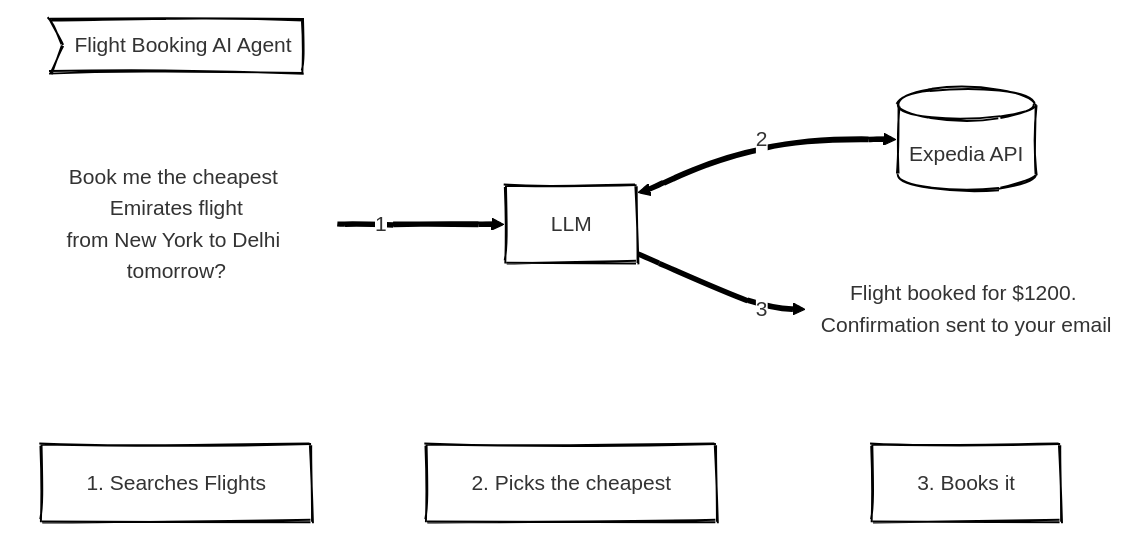
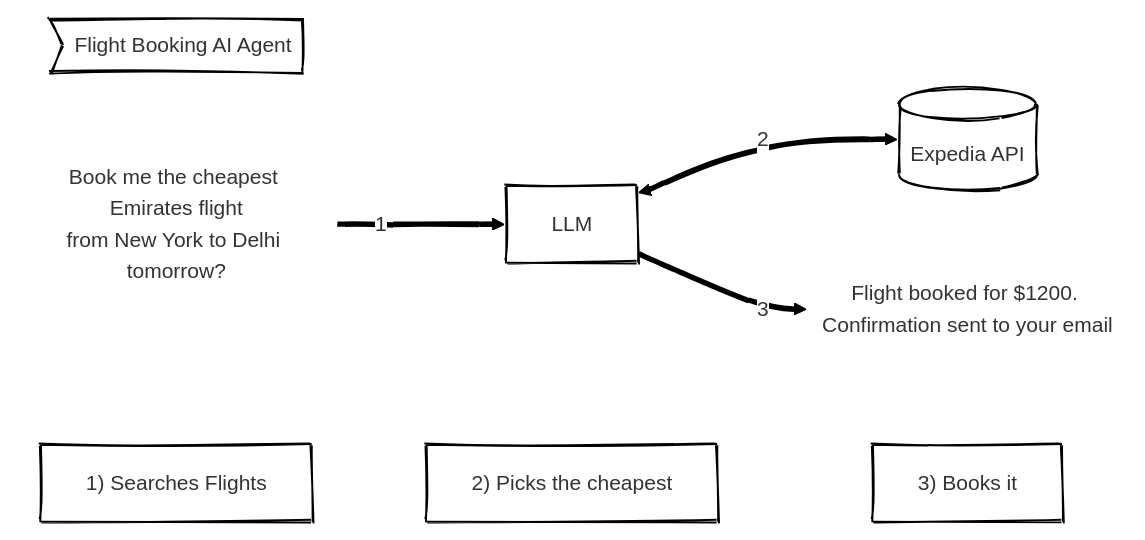
One commit to madhu-1999/CS changed the first of 2 diagrams in content/Notes/AI Agent.md. Above: the diagram before and after it, drawn with Mermaid. The commit also changed other lines of this file and 1 other file, not shown here.

````diff
--- a/content/Notes/AI Agent.md
+++ b/content/Notes/AI Agent.md
@@ -51,25 +69,25 @@
 ```mermaid
 --- 
 config: 
   theme: neo 
   look: handDrawn
   themeVariables: 
     edgeLabelBackground: '#fff' 
 ---
 flowchart LR
 D>Flight Booking AI Agent]
     User@{shape: text, label: "Book me the cheapest Emirates flight<br>from New York to Delhi tomorrow?"}
 	LLM["LLM"]
 	Expedia[("Expedia API")]
 	
-	P1["1. Searches Flights"]
-	P2["2. Picks the cheapest"]
-	P3["3. Books it"]
+	P1["1) Searches Flights"]
+	P2["2) Picks the cheapest"]
+	P3["3) Books it"]
 	P1 ~~~ P2 ~~~ P3
 
     Output@{ shape: text, label: "Flight booked for $1200. Confirmation sent to your email" }
 
     User ==1==> LLM
     LLM <==2==> Expedia
     LLM ==3==> Output
 ```
````
